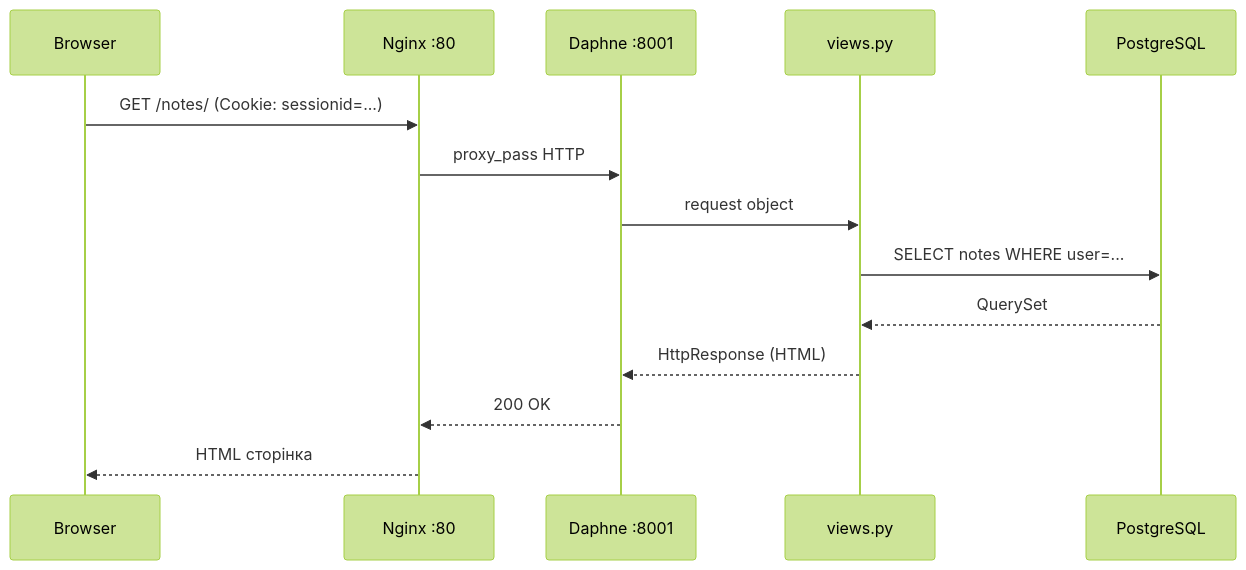
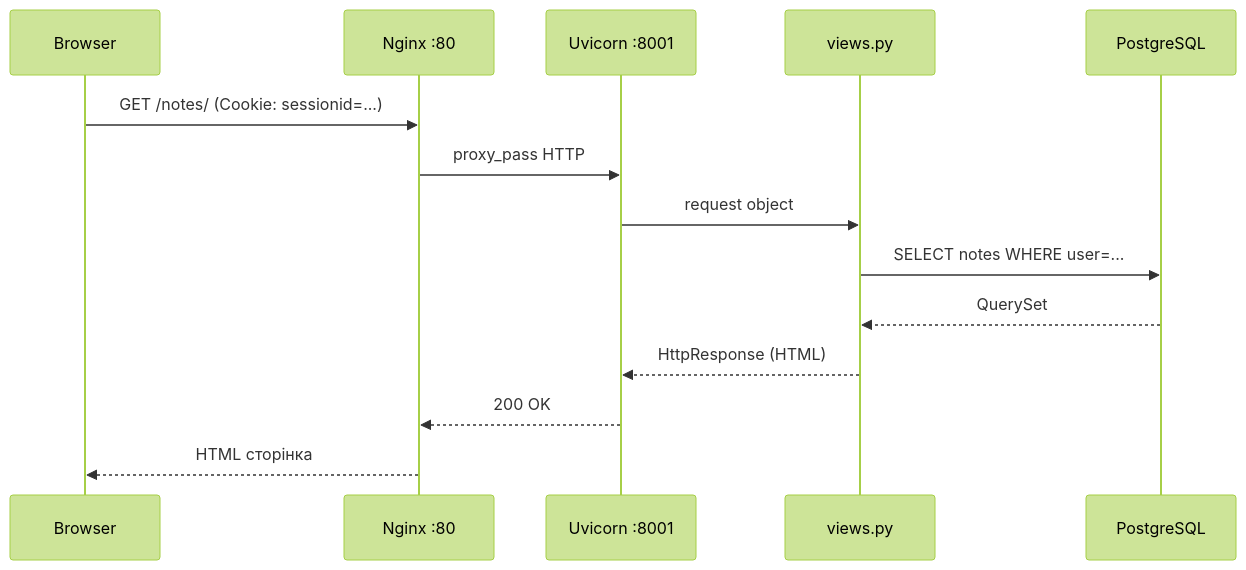
Before and after one commit to NikoriakViktot/notes_chat_app: the diagram in docs/01_web_foundations/README.md, drawn with Mermaid (forest theme). The commit also changed other lines of this file and 441 other files, not shown here.

First line of the commit message:
Add English version of the book, Mermaid standard, docs fixes

````diff
--- a/docs/01_web_foundations/README.md
+++ b/docs/01_web_foundations/README.md
@@ -53,17 +53,17 @@
 ```mermaid
 sequenceDiagram
     participant B as Browser
     participant N as Nginx :80
-    participant D as Daphne :8001
+    participant D as Uvicorn :8001
     participant V as views.py
     participant DB as PostgreSQL
 
     B->>N: GET /notes/ (Cookie: sessionid=...)
     N->>D: proxy_pass HTTP
     D->>V: request object
     V->>DB: SELECT notes WHERE user=...
     DB-->>V: QuerySet
     V-->>D: HttpResponse (HTML)
     D-->>N: 200 OK
     N-->>B: HTML сторінка
 ```
````
